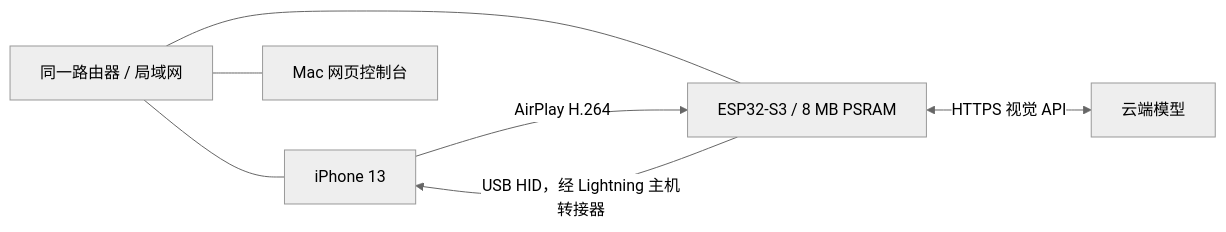
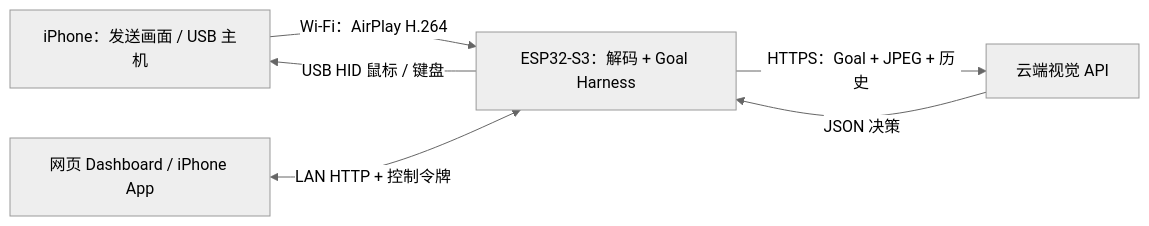
Before and after one commit to InfronAI/esp32-iphone-agent: the first of 2 diagrams in README.zh-CN.md, drawn with Mermaid (neutral theme). The commit also changed other lines of this file and 3 other files, not shown here.

````diff
--- a/README.zh-CN.md
+++ b/README.zh-CN.md
@@ -28,9 +68,8 @@
 ```mermaid
 flowchart LR
-    Router["同一路由器 / 局域网"] --- Phone["iPhone 13"]
-    Router --- Board["ESP32-S3 / 8 MB PSRAM"]
-    Router --- Mac["Mac 网页控制台"]
-    Phone -->|"AirPlay H.264"| Board
-    Board <-->|"HTTPS 视觉 API"| LLM["云端模型"]
-    Board -->|"USB HID，经 Lightning 主机转接器"| Phone
+    Phone["iPhone：发送画面 / USB 主机"] -->|"Wi-Fi：AirPlay H.264"| Board["ESP32-S3：解码 + Goal Harness"]
+    Board -->|"HTTPS：Goal + JPEG + 历史"| Model["云端视觉 API"]
+    Model -->|"JSON 决策"| Board
+    Board -->|"USB HID 鼠标 / 键盘"| Phone
+    UI["网页 Dashboard / iPhone App"] <-->|"LAN HTTP + 控制令牌"| Board
 ```
````
